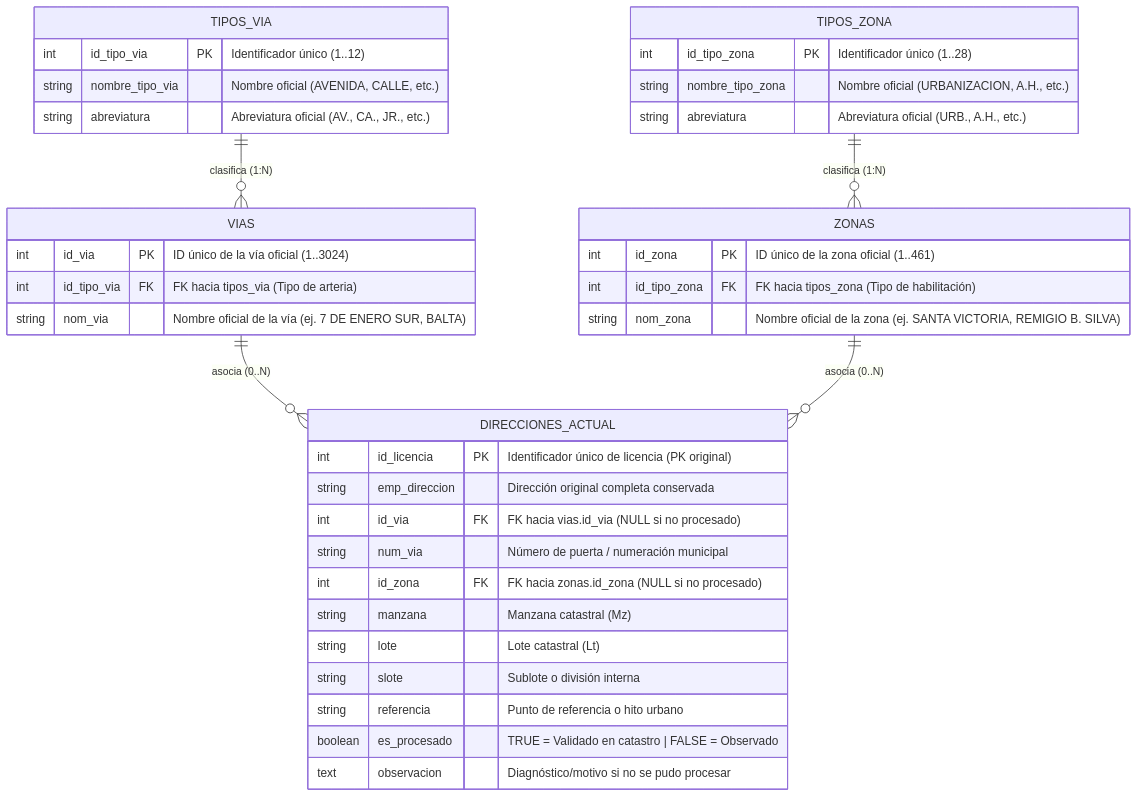
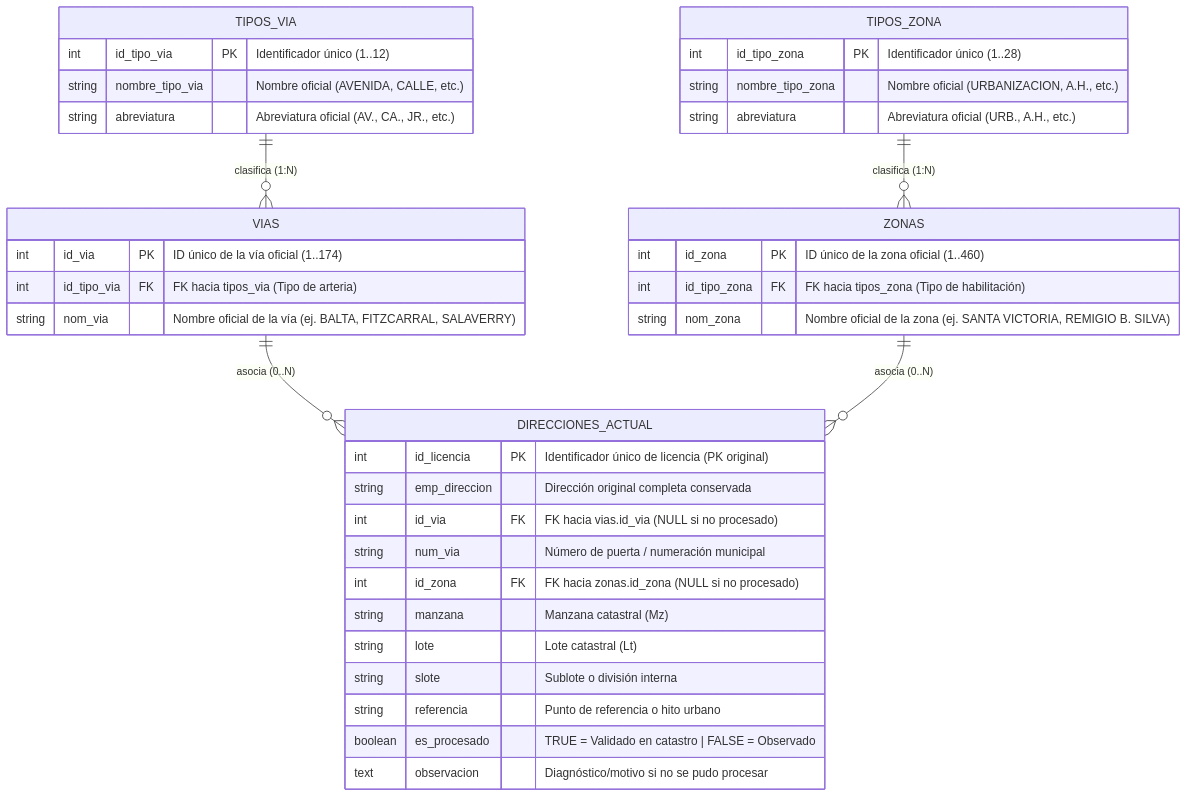
One commit to Chungm7/ETL_DIRECCIONES changed the first of 2 diagrams in docs/DIAGRAMA_BASE_DE_DATOS.md. Above: the diagram before and after it, drawn with Mermaid. The commit also changed other lines of this file and 14 other files, not shown here.

````diff
--- a/docs/DIAGRAMA_BASE_DE_DATOS.md
+++ b/docs/DIAGRAMA_BASE_DE_DATOS.md
@@ -9,45 +9,45 @@
 ```mermaid
 erDiagram
     TIPOS_VIA ||--o{ VIAS : "clasifica (1:N)"
     TIPOS_ZONA ||--o{ ZONAS : "clasifica (1:N)"
     VIAS ||--o{ DIRECCIONES_ACTUAL : "asocia (0..N)"
     ZONAS ||--o{ DIRECCIONES_ACTUAL : "asocia (0..N)"
 
     TIPOS_VIA {
         int id_tipo_via PK "Identificador único (1..12)"
         string nombre_tipo_via "Nombre oficial (AVENIDA, CALLE, etc.)"
         string abreviatura "Abreviatura oficial (AV., CA., JR., etc.)"
     }
 
     TIPOS_ZONA {
         int id_tipo_zona PK "Identificador único (1..28)"
         string nombre_tipo_zona "Nombre oficial (URBANIZACION, A.H., etc.)"
         string abreviatura "Abreviatura oficial (URB., A.H., etc.)"
     }
 
     VIAS {
-        int id_via PK "ID único de la vía oficial (1..3024)"
+        int id_via PK "ID único de la vía oficial (1..174)"
         int id_tipo_via FK "FK hacia tipos_via (Tipo de arteria)"
-        string nom_via "Nombre oficial de la vía (ej. 7 DE ENERO SUR, BALTA)"
+        string nom_via "Nombre oficial de la vía (ej. BALTA, FITZCARRAL, SALAVERRY)"
     }
 
     ZONAS {
-        int id_zona PK "ID único de la zona oficial (1..461)"
+        int id_zona PK "ID único de la zona oficial (1..460)"
         int id_tipo_zona FK "FK hacia tipos_zona (Tipo de habilitación)"
         string nom_zona "Nombre oficial de la zona (ej. SANTA VICTORIA, REMIGIO B. SILVA)"
     }
 
     DIRECCIONES_ACTUAL {
         int id_licencia PK "Identificador único de licencia (PK original)"
         string emp_direccion "Dirección original completa conservada"
         int id_via FK "FK hacia vias.id_via (NULL si no procesado)"
         string num_via "Número de puerta / numeración municipal"
         int id_zona FK "FK hacia zonas.id_zona (NULL si no procesado)"
         string manzana "Manzana catastral (Mz)"
         string lote "Lote catastral (Lt)"
         string slote "Sublote o división interna"
         string referencia "Punto de referencia o hito urbano"
         boolean es_procesado "TRUE = Validado en catastro | FALSE = Observado"
         text observacion "Diagnóstico/motivo si no se pudo procesar"
     }
 ```
````
